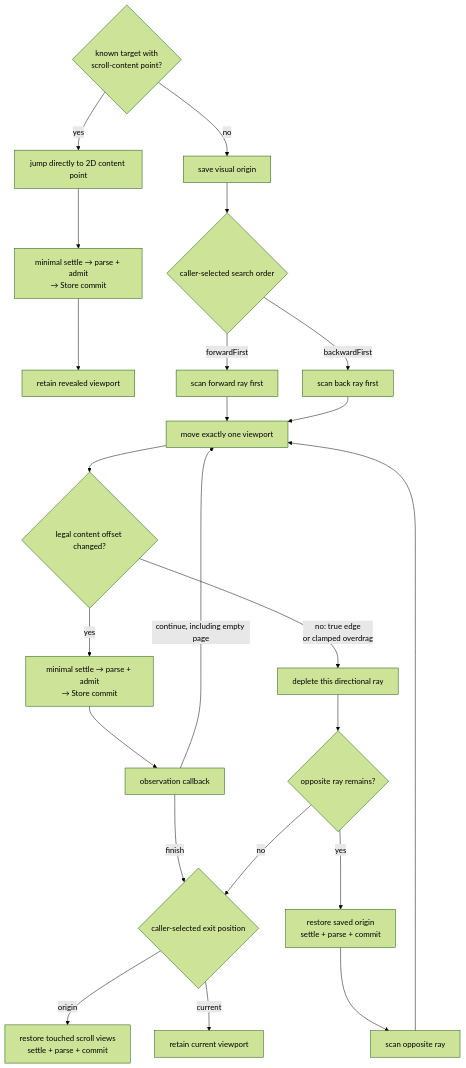
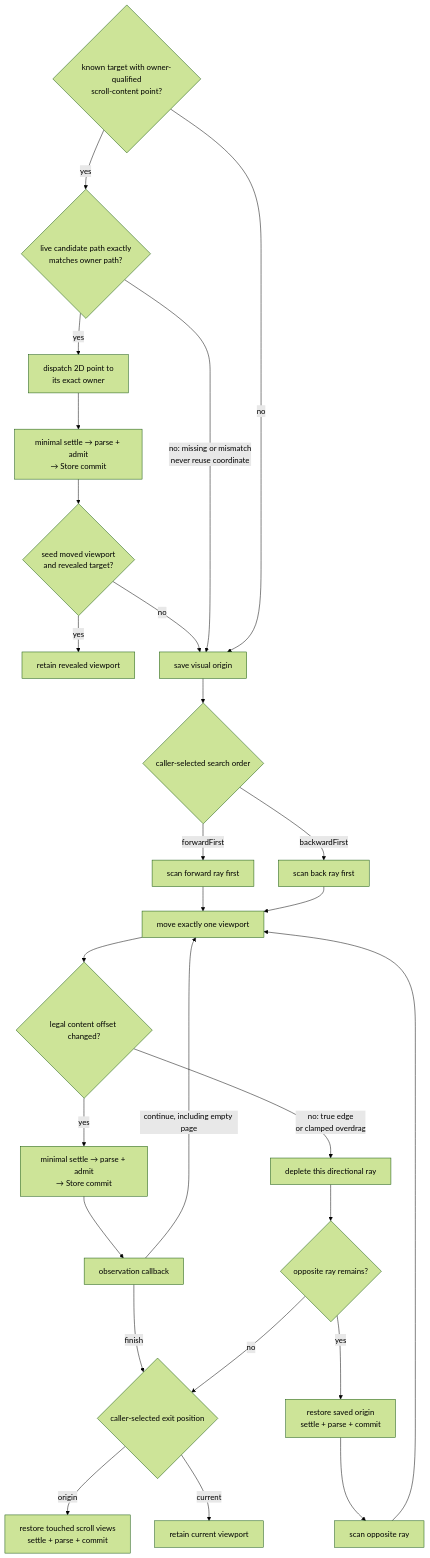
One commit to RoyalPineapple/TheButtonHeist changed the third of 5 diagrams in docs/diagrams/observation-pipeline.md. Above: the diagram before and after it, drawn with Mermaid (forest theme). The commit also changed other lines of this file and 58 other files, not shown here.

First line of the commit message:
Complete the #1373 architecture audit follow-ups (#1375)

````diff
--- a/docs/diagrams/observation-pipeline.md
+++ b/docs/diagrams/observation-pipeline.md
@@ -143,25 +147,29 @@
 ```mermaid
 flowchart TD
-    Target{"known target with<br/>scroll-content point?"} -->|yes| Direct["jump directly to 2D content point"]
+    Target{"known target with owner-qualified<br/>scroll-content point?"} -->|yes| Owner{"live candidate path exactly<br/>matches owner path?"}
+    Owner -->|yes| Direct["dispatch 2D point to<br/>its exact owner"]
     Direct --> DirectCommit["minimal settle → parse + admit<br/>→ Store commit"]
-    DirectCommit --> RetainKnown["retain revealed viewport"]
+    DirectCommit --> SeedResult{"seed moved viewport<br/>and revealed target?"}
+    SeedResult -->|yes| RetainKnown["retain revealed viewport"]
+    SeedResult -->|no| Save
+    Owner -->|no: missing or mismatch<br/>never reuse coordinate| Save["save visual origin"]
     Target -->|no| Save["save visual origin"]
     Save --> Order{"caller-selected search order"}
     Order -->|forwardFirst| FirstForward["scan forward ray first"]
     Order -->|backwardFirst| FirstBack["scan back ray first"]
     FirstForward --> Move["move exactly one viewport"]
     FirstBack --> Move
     Move --> Legal{"legal content offset changed?"}
     Legal -->|yes| Commit["minimal settle → parse + admit<br/>→ Store commit"]
     Legal -->|no: true edge<br/>or clamped overdrag| Deplete["deplete this directional ray"]
     Commit --> Callback["observation callback"]
     Callback -->|finish| Finalize{"caller-selected exit position"}
     Callback -->|continue, including empty page| Move
     Deplete --> Opposite{"opposite ray remains?"}
     Opposite -->|yes| RestoreBetween["restore saved origin<br/>settle + parse + commit"]
     RestoreBetween --> OtherRay["scan opposite ray"]
     OtherRay --> Move
     Opposite -->|no| Finalize
     Finalize -->|origin| RestoreAll["restore touched scroll views<br/>settle + parse + commit"]
     Finalize -->|current| Retain["retain current viewport"]
 ```
````
